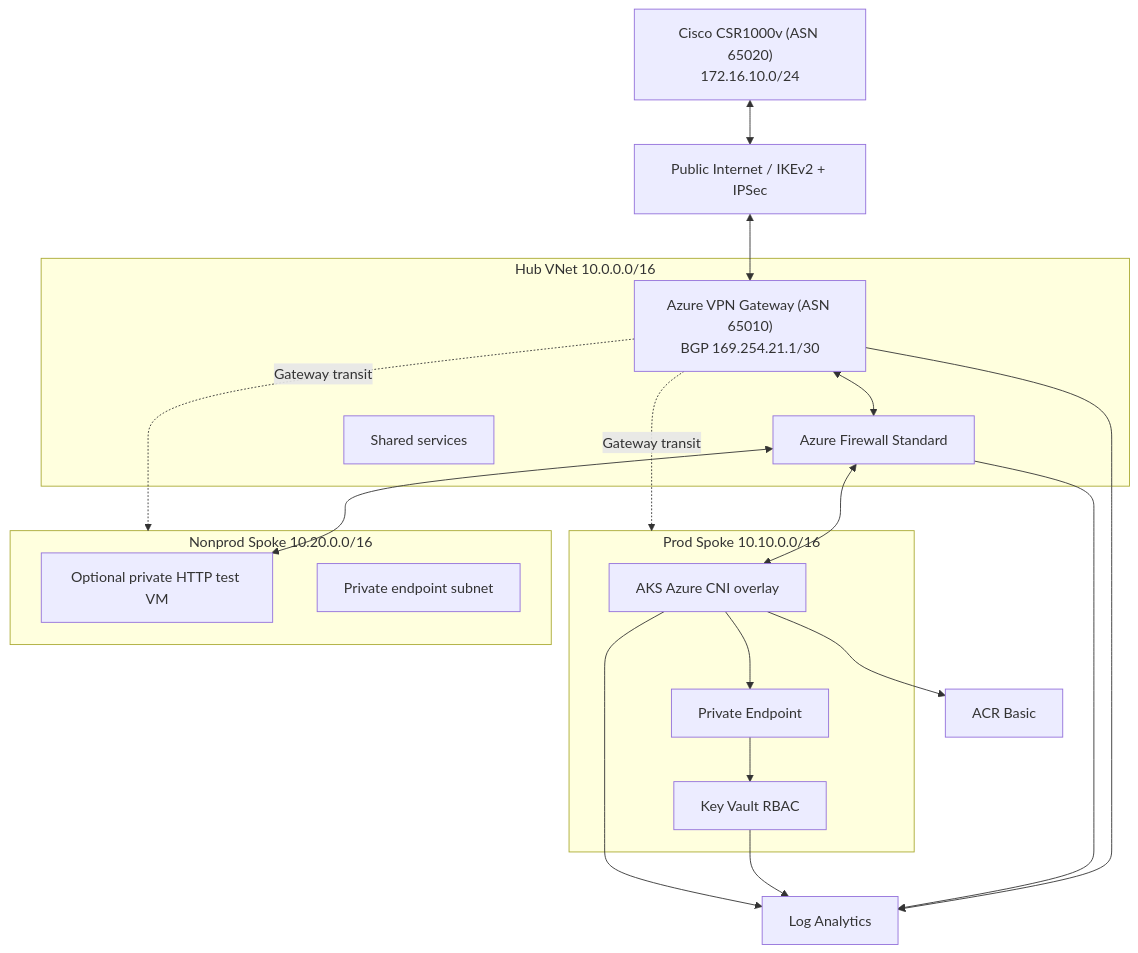
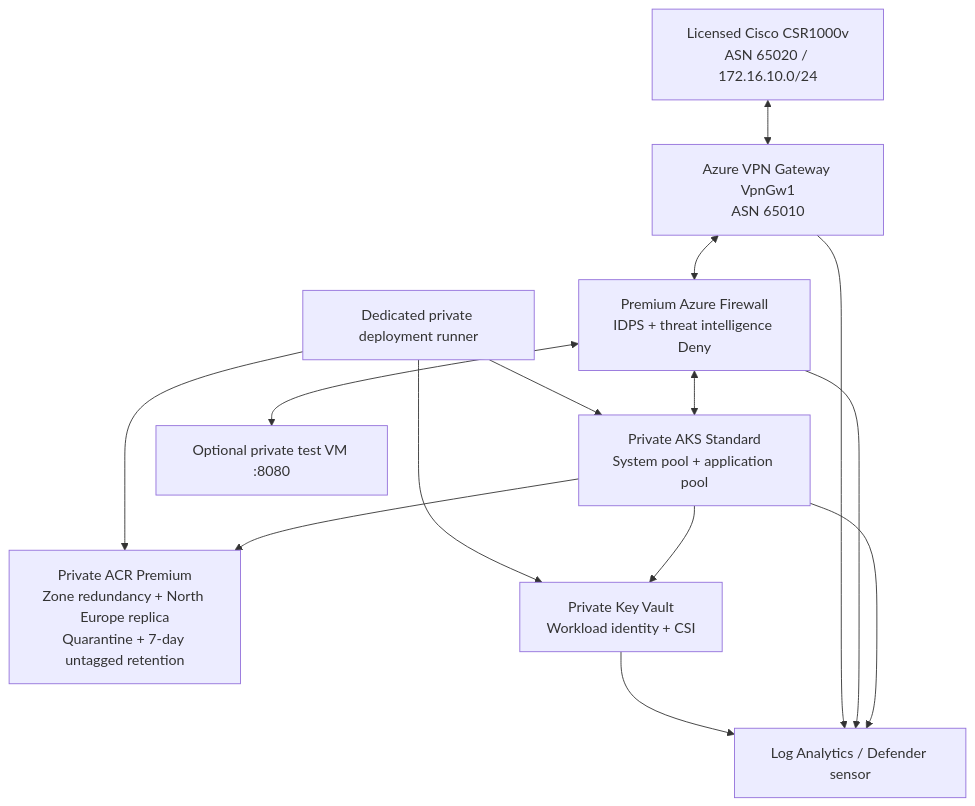
One commit to krishnagmx/azure-hub-spoke-cisco changed the diagram in README.md. Above: the diagram before and after it, drawn with Mermaid. The commit also changed other lines of this file and 28 other files, not shown here.

Commit message:
Prepare paid private landing zone and guarded deployment plan

````diff
--- a/README.md
+++ b/README.md
@@ -32,25 +9,16 @@
 ```mermaid
 graph TD
-  CSR["Cisco CSR1000v (ASN 65020)<br/>172.16.10.0/24"] <--> NET["Public Internet / IKEv2 + IPSec"]
-  NET <--> VPN["Azure VPN Gateway (ASN 65010)<br/>BGP 169.254.21.1/30"]
-  subgraph HUB["Hub VNet 10.0.0.0/16"]
-    VPN <--> FW["Azure Firewall Standard"]
-    SS["Shared services"]
-  end
-  subgraph PR["Prod Spoke 10.10.0.0/16"]
-    AKS["AKS Azure CNI overlay"] --> PE["Private Endpoint"] --> KV["Key Vault RBAC"]
-  end
-  subgraph NP["Nonprod Spoke 10.20.0.0/16"]
-    VM["Optional private HTTP test VM"]
-    NPPE["Private endpoint subnet"]
-  end
-  FW <--> AKS
-  FW <--> VM
-  VPN -.Gateway transit.-> PR
-  VPN -.Gateway transit.-> NP
-  AKS --> ACR["ACR Basic"]
-  VPN --> LAW["Log Analytics"]
+  C["Licensed Cisco CSR1000v<br/>ASN 65020 / 172.16.10.0/24"] <--> VPN["Azure VPN Gateway VpnGw1<br/>ASN 65010"]
+  VPN <--> FW["Premium Azure Firewall<br/>IDPS + threat intelligence Deny"]
+  FW <--> AKS["Private AKS Standard<br/>System pool + application pool"]
+  FW <--> VM["Optional private test VM :8080"]
+  AKS --> ACR["Private ACR Premium<br/>Zone redundancy + North Europe replica<br/>Quarantine + 7-day untagged retention"]
+  AKS --> KV["Private Key Vault<br/>Workload identity + CSI"]
+  R["Dedicated private deployment runner"] --> AKS
+  R --> ACR
+  R --> KV
+  AKS --> LAW["Log Analytics / Defender sensor"]
   FW --> LAW
+  VPN --> LAW
   KV --> LAW
-  AKS --> LAW
 ```
````
